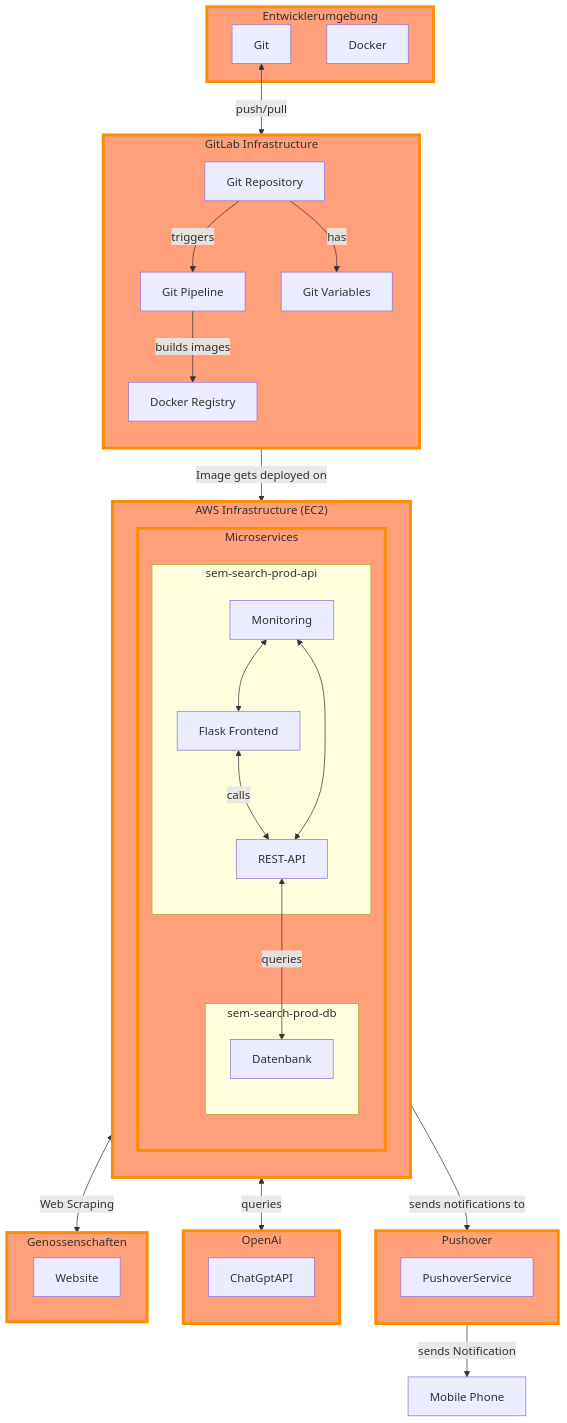
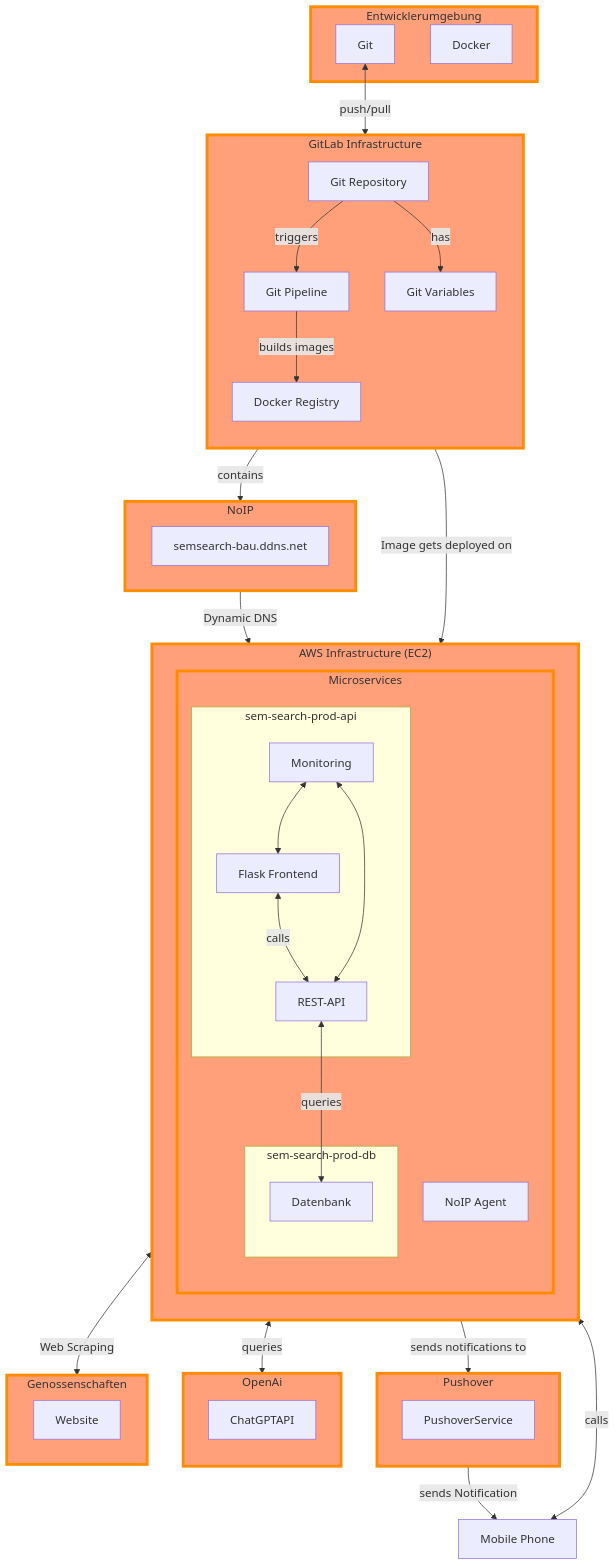
Before and after one commit to danyambuehl/ITCNE23-SEM-Ill: the diagram in docs/02_Plannung/theoretischer_loesungsanstz.md, drawn with Mermaid. The commit also changed 2 other files, not shown here.

Commit message:
Dataflow

```diff
--- a/docs/02_Plannung/theoretischer_loesungsanstz.md
+++ b/docs/02_Plannung/theoretischer_loesungsanstz.md
@@ -56,6 +56,11 @@
             Git
             Docker["Docker"]
         end
+        %% Define Entwickler Block
+        subgraph NOIP["NoIP"]
+            semsearch-bau.ddns.net
+        end
+        
         %% Define AWS Infrastructure Block
         subgraph Infrastructure["AWS Infrastructure (EC2)"]
             direction TB
@@ -71,6 +76,7 @@
             subgraph sem-search-prod-db
             Datenbank["Datenbank"]
             end
+            noipagent["NoIP Agent"]
 
         end
         end
@@ -90,7 +96,7 @@
         %% Define OpenAI Block
         subgraph OpenAi
             direction TB
-            ChatGptAPI
+            ChatGPTAPI
         end
         %% Define Genossenschaften Block
         subgraph Genossenschaften
@@ -113,9 +119,13 @@
     RESTAPI <-->|queries| OpenAi
     Git <--> |push/pull| GitRepository
     RESTAPI <--> |Web Scraping| Genossenschaften
+    GitVariables --> |contains| NOIP
+    NOIP --> |Dynamic DNS| noipagent
+    FlaskFrontend <--> |calls| EndUser
 
     %% Define Styles
     style Entwicklerumgebung fill:#FFA07A,stroke:#FF8C00,stroke-width:4px
+    style NOIP fill:#FFA07A,stroke:#FF8C00,stroke-width:4px
     style Microservices fill:#FFA07A,stroke:#FF8C00,stroke-width:4px
     style GitLab_Infrastructure fill:#FFA07A,stroke:#FF8C00,stroke-width:4px
     style Infrastructure fill:#FFA07A,stroke:#FF8C00,stroke-width:4px
```
